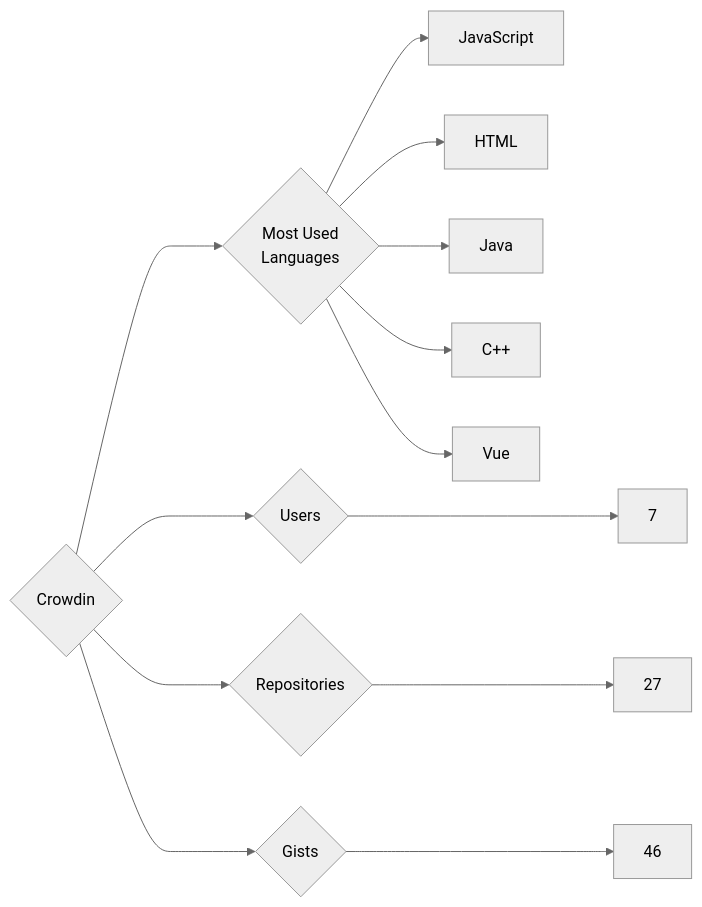
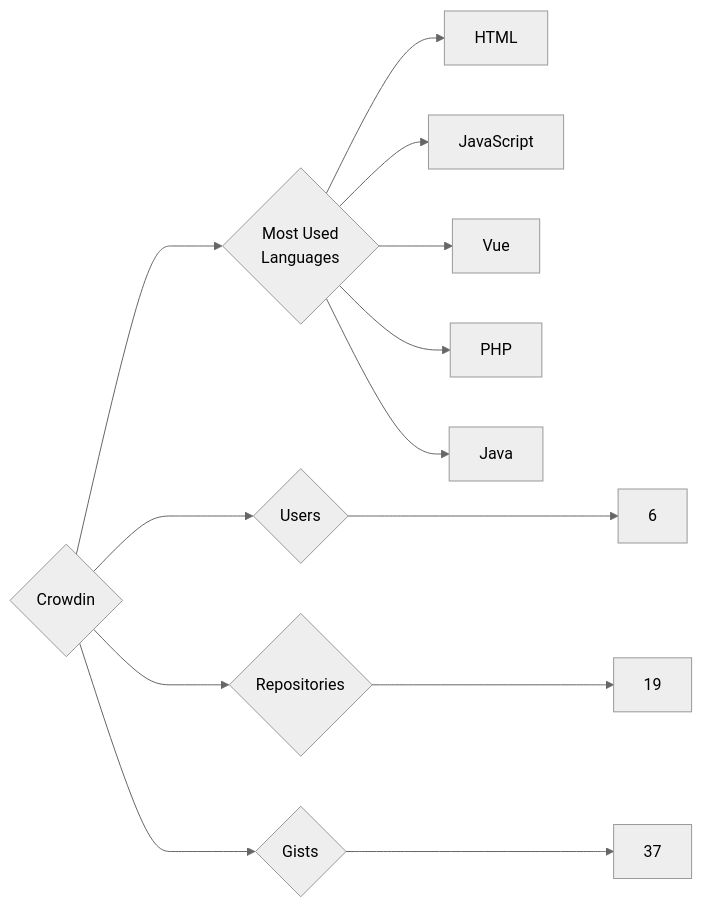
One commit to trickest/insiders changed the diagram in targets/Crowdin/README.md. Above: the diagram before and after it, drawn with Mermaid (neutral theme). The commit also changed 900 other files, not shown here.

````diff
--- a/targets/Crowdin/README.md
+++ b/targets/Crowdin/README.md
@@ -3,13 +3,13 @@
 ```mermaid
 graph LR
 COMPANY_NAME{Crowdin}
-COMPANY_NAME ---> U{Users} ---> UN[7]
-COMPANY_NAME ---> R{Repositories} ---> RN[27]
-COMPANY_NAME ---> G{Gists} ---> GN[46]
+COMPANY_NAME ---> U{Users} ---> UN[6]
+COMPANY_NAME ---> R{Repositories} ---> RN[19]
+COMPANY_NAME ---> G{Gists} ---> GN[37]
 COMPANY_NAME ---> ML{Most Used<br>Languages}
+ML --> HTML[HTML]
 ML --> JavaScript[JavaScript]
-ML --> HTML[HTML]
+ML --> Vue[Vue]
+ML --> PHP[PHP]
 ML --> Java[Java]
-ML --> C++[C++]
-ML --> Vue[Vue]
 ```
````
